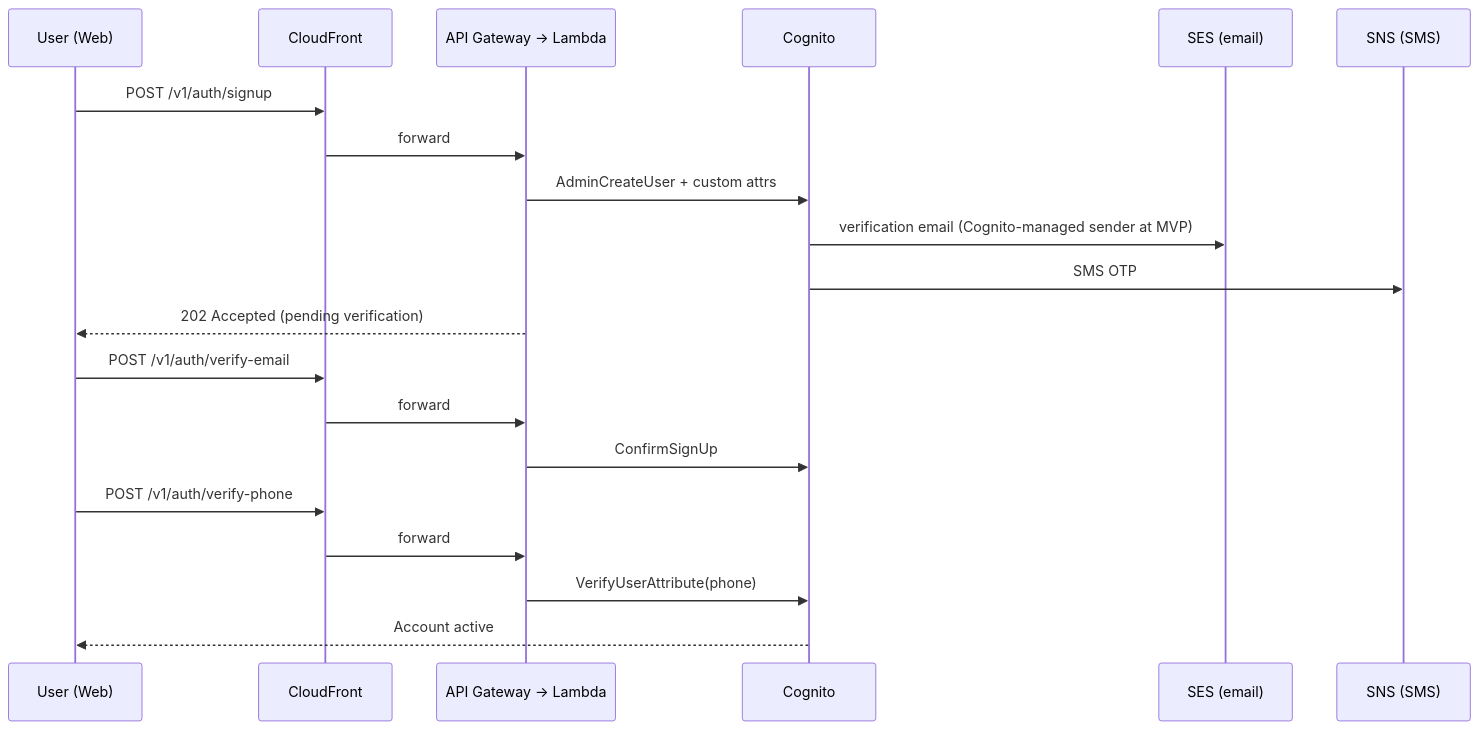
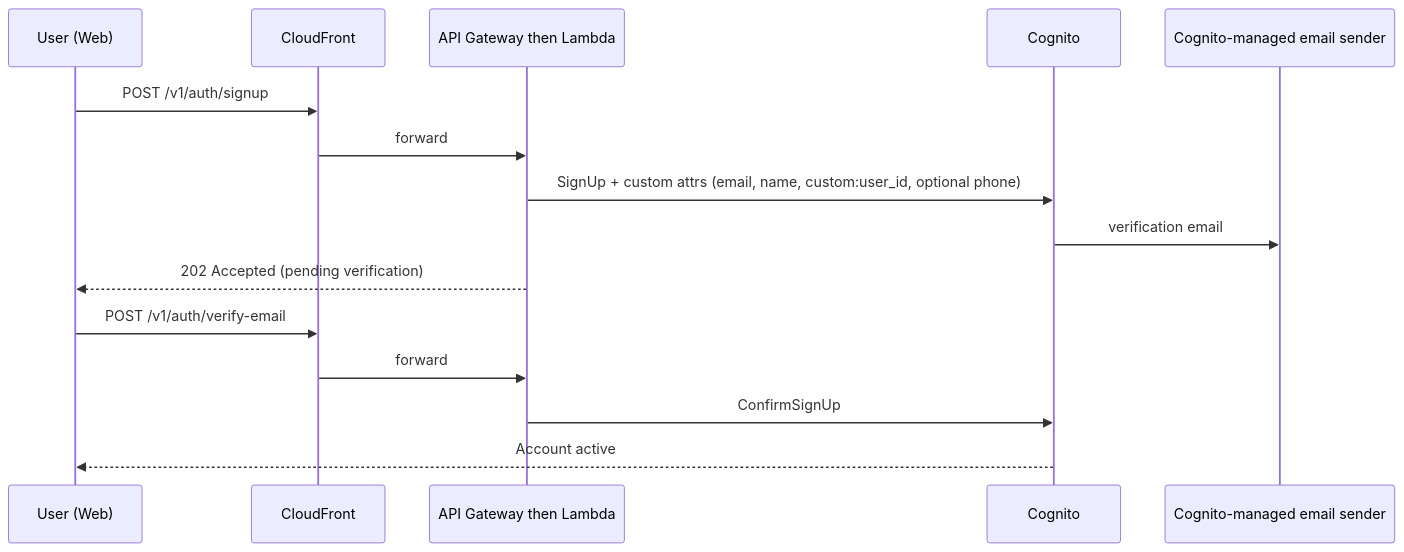
One commit to GanAlps/contricool changed the third of 6 diagrams in specs/01-high-level-architecture/design.md. Above: the diagram before and after it, drawn with Mermaid. The commit also changed other lines of this file and 11 other files, not shown here.

First line of the commit message:
feat(auth): drop phone verification — email-only auth + email-only friend add (#2)

````diff
--- a/specs/01-high-level-architecture/design.md
+++ b/specs/01-high-level-architecture/design.md
@@ -90,22 +90,17 @@
 ```mermaid
 sequenceDiagram
     participant U as User (Web)
     participant CF as CloudFront
-    participant API as API Gateway → Lambda
+    participant API as API Gateway then Lambda
     participant Cog as Cognito
-    participant SES as SES (email)
-    participant SNS as SNS (SMS)
+    participant SES as Cognito-managed email sender
     U->>CF: POST /v1/auth/signup
     CF->>API: forward
-    API->>Cog: AdminCreateUser + custom attrs
-    Cog->>SES: verification email (Cognito-managed sender at MVP)
-    Cog->>SNS: SMS OTP
+    API->>Cog: SignUp + custom attrs (email, name, custom:user_id, optional phone)
+    Cog->>SES: verification email
     API-->>U: 202 Accepted (pending verification)
     U->>CF: POST /v1/auth/verify-email
     CF->>API: forward
     API->>Cog: ConfirmSignUp
-    U->>CF: POST /v1/auth/verify-phone
-    CF->>API: forward
-    API->>Cog: VerifyUserAttribute(phone)
     Cog-->>U: Account active
 ```
````
